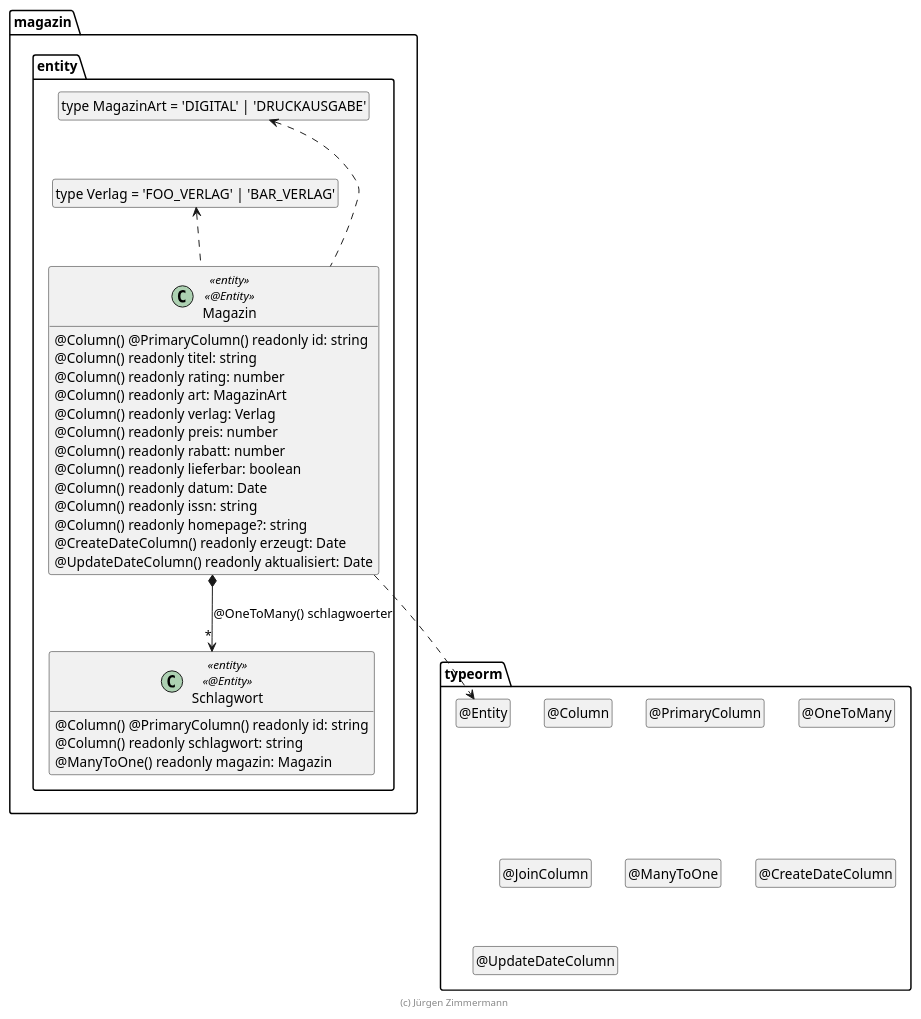
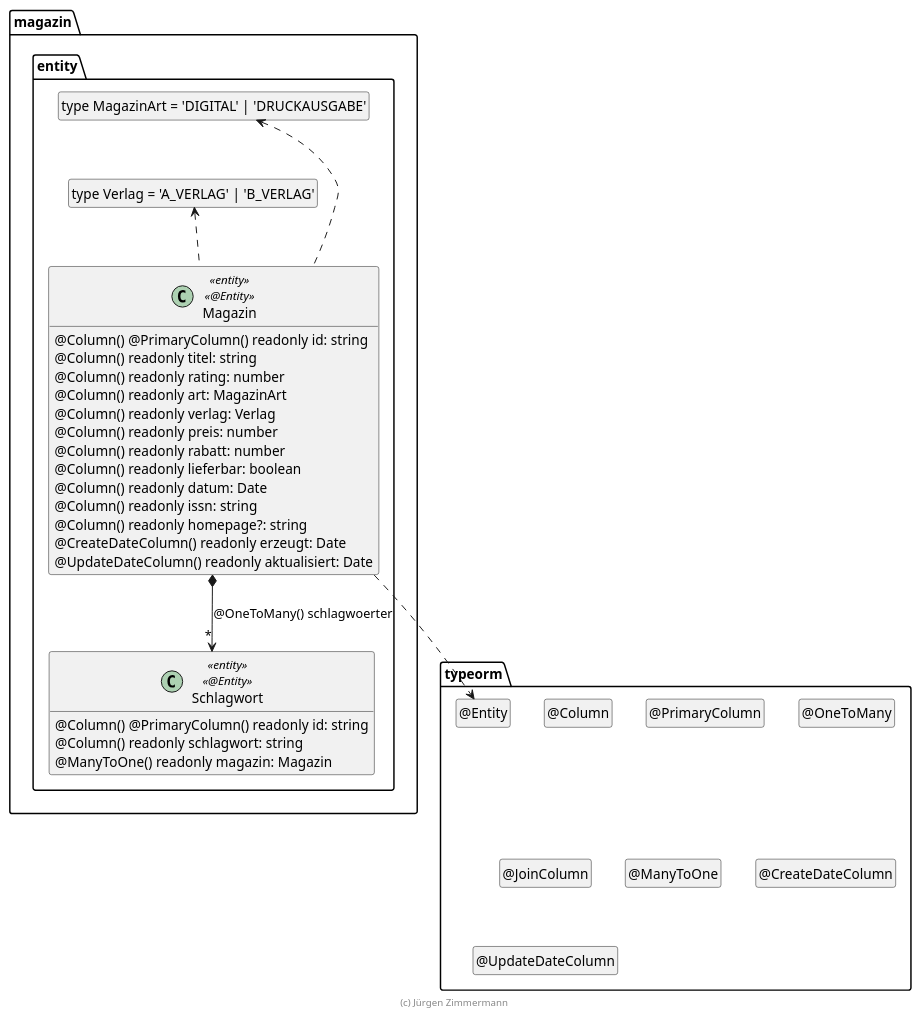
Before and after one commit to YasinAzal97/Abgabe1: the diagram in extras/doc/entwicklerhandbuch/Magazin.plantuml, drawn with PlantUML. The commit also changed 5 other files, not shown here.

```diff
--- a/extras/doc/entwicklerhandbuch/Magazin.plantuml
+++ b/extras/doc/entwicklerhandbuch/Magazin.plantuml
@@ -18,63 +18,63 @@
 @startuml Entity
 
 package typeorm {
   class "@Entity" as Entity
   hide Entity circle
   class "@Column" as Column
   hide Column circle
   class "@PrimaryColumn" as PrimaryColumn
   hide PrimaryColumn circle
   class "@OneToMany" as OneToMany
   hide OneToMany circle
   class "@JoinColumn" as JoinColumn
   hide JoinColumn circle
   class "@ManyToOne" as ManyToOne
   hide ManyToOne circle
   class "@CreateDateColumn" as CreateDateColumn
   hide CreateDateColumn circle
   class "@UpdateDateColumn" as UpdateDateColumn
   hide UpdateDateColumn circle
 }
 
 package magazin.entity {
   class "type MagazinArt = 'DIGITAL' | 'DRUCKAUSGABE'" as MagazinArt
   hide MagazinArt circle
 
-  class "type Verlag = 'FOO_VERLAG' | 'BAR_VERLAG'" as Verlag
+  class "type Verlag = 'A_VERLAG' | 'B_VERLAG'" as Verlag
   hide Verlag circle
 
   class Magazin <<entity>> <<@Entity>> {
     @Column() @PrimaryColumn() readonly id: string
     @Column() readonly titel: string
     @Column() readonly rating: number
     @Column() readonly art: MagazinArt
     @Column() readonly verlag: Verlag
     @Column() readonly preis: number
     @Column() readonly rabatt: number
     @Column() readonly lieferbar: boolean
     @Column() readonly datum: Date
     @Column() readonly issn: string
     @Column() readonly homepage?: string
     @CreateDateColumn() readonly erzeugt: Date
     @UpdateDateColumn() readonly aktualisiert: Date
   }
 
   class Schlagwort <<entity>> <<@Entity>> {
     @Column() @PrimaryColumn() readonly id: string
     @Column() readonly schlagwort: string
     @ManyToOne() readonly magazin: Magazin
   }
 
   Magazin ..> Entity
   Magazin *--> "*" Schlagwort : @OneToMany() schlagwoerter
   Magazin .up.> MagazinArt
   Magazin .up.> Verlag
 
   MagazinArt .[hidden].> Verlag
 }
 
 hide empty members
 
 footer (c) Jürgen Zimmermann
 
 @enduml
```
